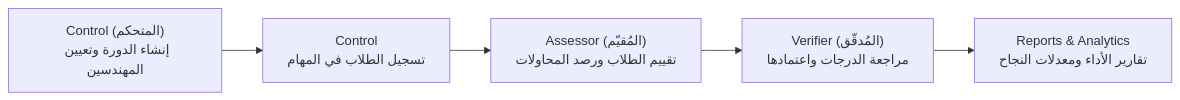
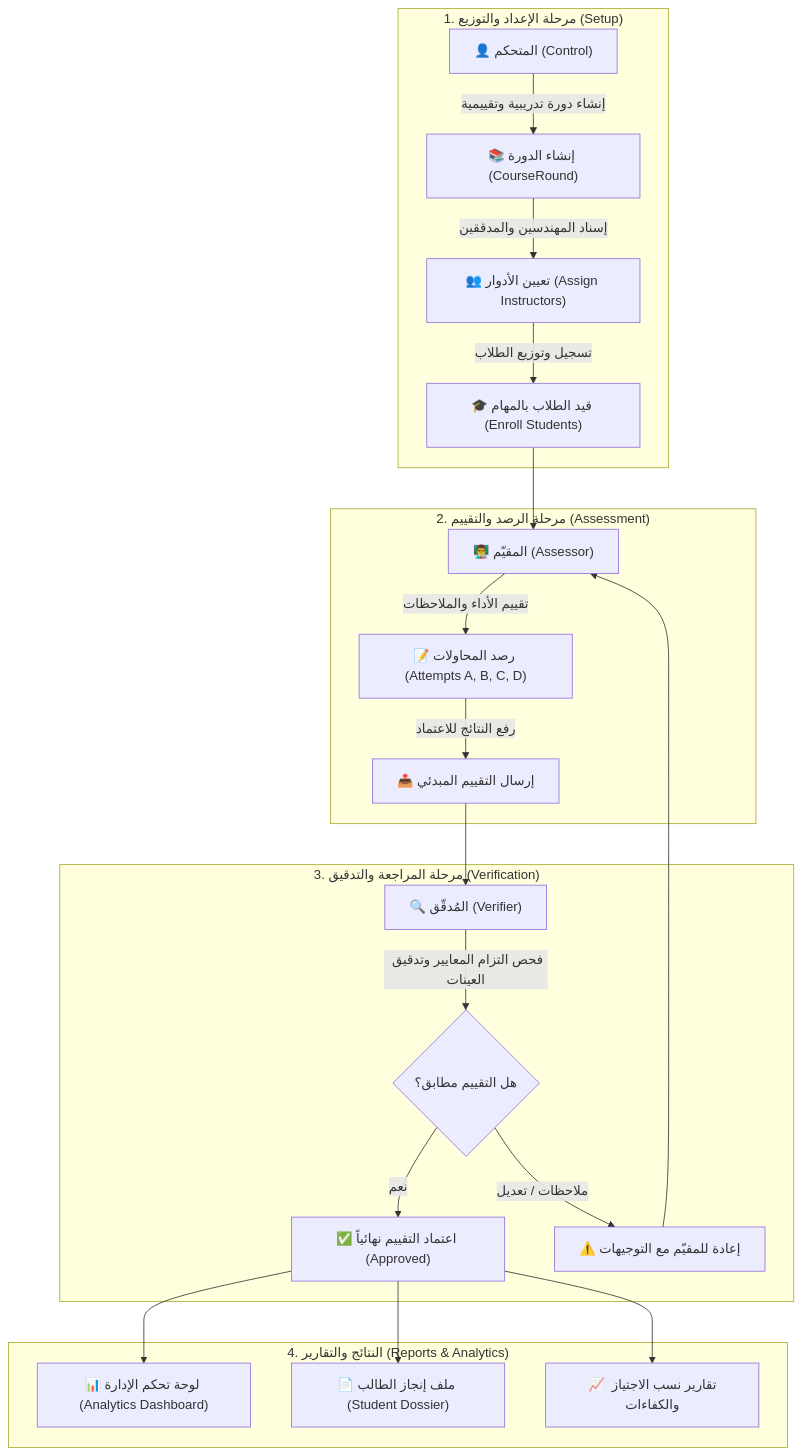
One commit to mahmoudelwazzir/Assessment_System changed the diagram in README.md. Above: the diagram before and after it, drawn with Mermaid. The commit also changed other lines of this file and 3 other files, not shown here.

````diff
--- a/README.md
+++ b/README.md
@@ -76,7 +42,28 @@
 ```mermaid
-flowchart LR
-    A["Control (المتحكم)<br/>إنشاء الدورة وتعيين المهندسين"] --> B["Control<br/>تسجيل الطلاب في المهام"]
-    B --> C["Assessor (المُقيّم)<br/>تقييم الطلاب ورصد المحاولات"]
-    C --> D["Verifier (المُدقّق)<br/>مراجعة الدرجات واعتمادها"]
-    D --> E["Reports & Analytics<br/>تقارير الأداء ومعدلات النجاح"]
+flowchart TD
+    subgraph S1 ["1. مرحلة الإعداد والتوزيع (Setup)"]
+        A["👤 المتحكم (Control)"] -->|"إنشاء دورة تدريبية وتقييمية"| B["📚 إنشاء الدورة (CourseRound)"]
+        B -->|"إسناد المهندسين والمدققين"| C["👥 تعيين الأدوار (Assign Instructors)"]
+        C -->|"تسجيل وتوزيع الطلاب"| D["🎓 قيد الطلاب بالمهام (Enroll Students)"]
+    end
+
+    subgraph S2 ["2. مرحلة الرصد والتقييم (Assessment)"]
+        D --> E["👨‍🏫 المقيّم (Assessor)"]
+        E -->|"تقييم الأداء والملاحظات"| F["📝 رصد المحاولات (Attempts A, B, C, D)"]
+        F -->|"رفع النتائج للاعتماد"| G["📤 إرسال التقييم المبدئي"]
+    end
+
+    subgraph S3 ["3. مرحلة المراجعة والتدقيق (Verification)"]
+        G --> H["🔍 المُدقّق (Verifier)"]
+        H -->|"فحص التزام المعايير وتدقيق العينات"| I{"هل التقييم مطابق؟"}
+        I -->|"نعم"| J["✅ اعتماد التقييم نهائياً (Approved)"]
+        I -->|"ملاحظات / تعديل"| K["⚠️ إعادة للمقيّم مع التوجيهات"]
+        K --> E
+    end
+
+    subgraph S4 ["4. النتائج والتقارير (Reports & Analytics)"]
+        J --> L["📊 لوحة تحكم الإدارة (Analytics Dashboard)"]
+        J --> M["📄 ملف إنجاز الطالب (Student Dossier)"]
+        J --> N["📈 تقارير نسب الاجتياز والكفاءات"]
+    end
 ```
````
